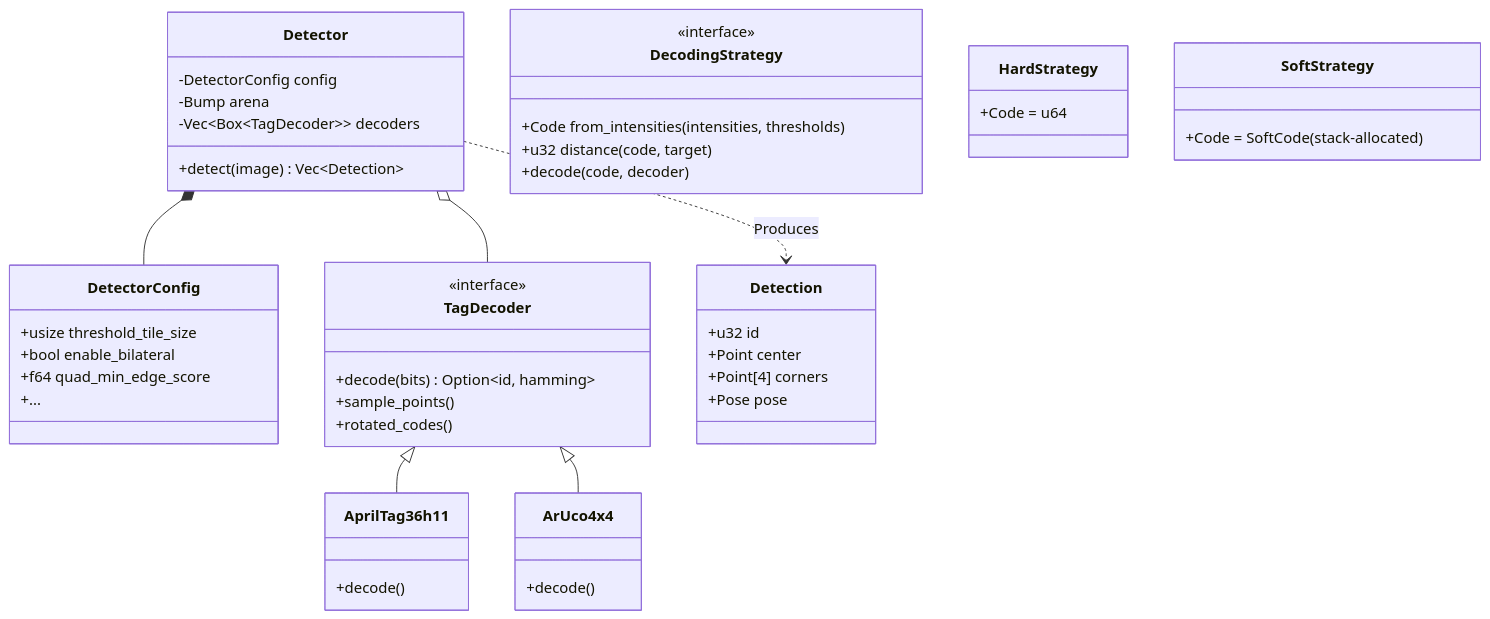
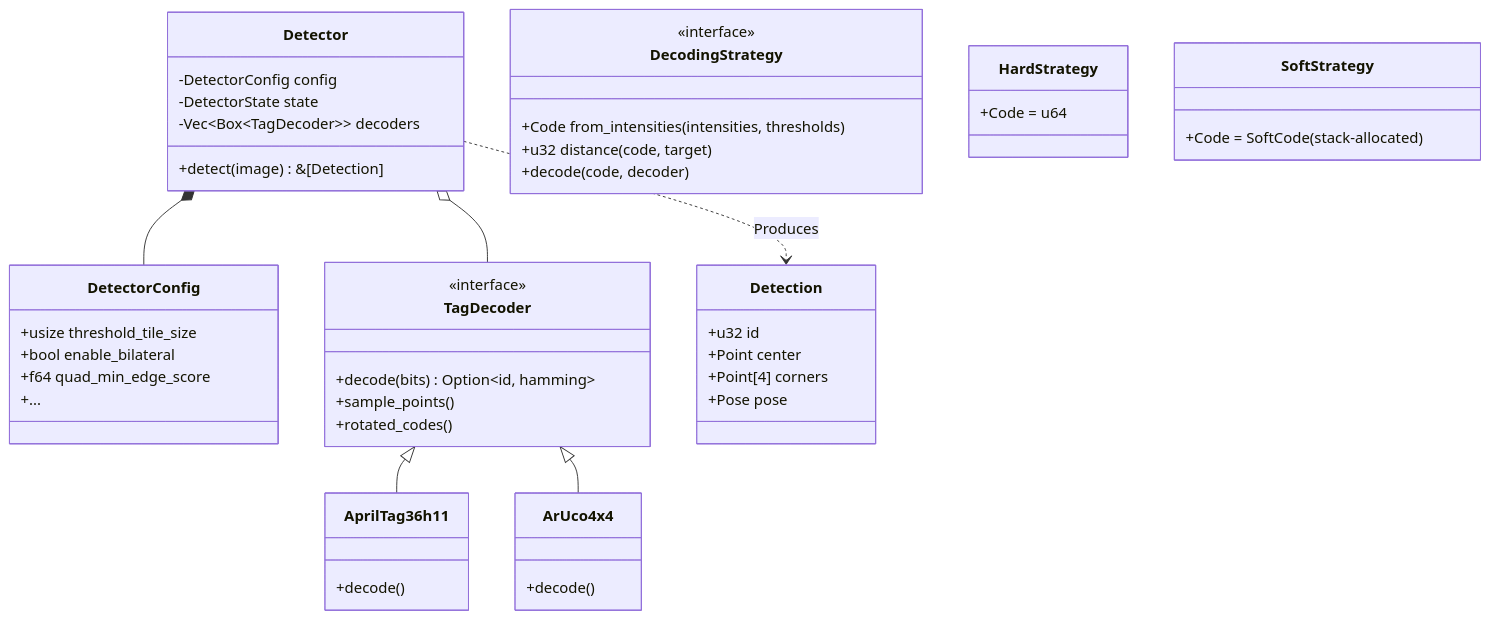
The third of 6 diagrams in docs/explanation/architecture.md (NoeFontana/locus-tag), drawn with Mermaid before and after one commit. The commit also changed other lines of this file, not shown here.

````diff
--- a/docs/explanation/architecture.md
+++ b/docs/explanation/architecture.md
@@ -89,59 +89,59 @@
 ```mermaid
 classDiagram
     class Detector {
         -DetectorConfig config
-        -Bump arena
+        -DetectorState state
         -Vec~Box~TagDecoder~~ decoders
-        +detect(image) Vec~Detection~
+        +detect(image) &[Detection]
     }
 
     class DetectorConfig {
         +usize threshold_tile_size
         +bool enable_bilateral
         +f64 quad_min_edge_score
         +...
     }
 
     class TagDecoder {
         <<interface>>
         +decode(bits) Option~id, hamming~
         +sample_points()
         +rotated_codes()
     }
 
     class DecodingStrategy {
         <<interface>>
         +Code from_intensities(intensities, thresholds)
         +u32 distance(code, target)
         +decode(code, decoder)
     }
 
     class HardStrategy {
         +Code = u64
     }
 
     class SoftStrategy {
         +Code = SoftCode (stack-allocated)
     }
 
     class AprilTag36h11 {
         +decode()
     }
 
     class ArUco4x4 {
         +decode()
     }
 
     class Detection {
         +u32 id
         +Point center
         +Point[4] corners
         +Pose pose
     }
 
     Detector *-- DetectorConfig
     Detector o-- TagDecoder
     TagDecoder <|-- AprilTag36h11
     TagDecoder <|-- ArUco4x4
     Detector ..> Detection : Produces
 ```
````
